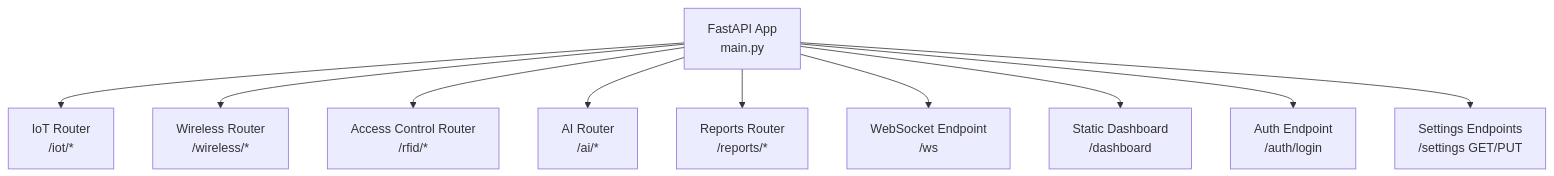
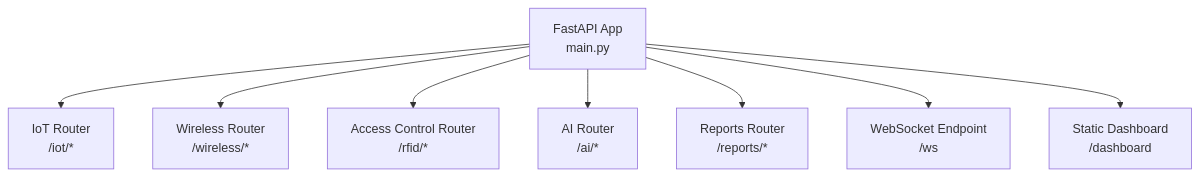
The first of 9 diagrams in .qoder/repowiki/en/content/API Reference/API Reference.md (MohandWaleed3/PentexOne), drawn with Mermaid before and after one commit. The commit also changed other lines of this file and 5 other files, not shown here.

````diff
--- a/.qoder/repowiki/en/content/API Reference/API Reference.md
+++ b/.qoder/repowiki/en/content/API Reference/API Reference.md
@@ -56,12 +52,10 @@
 ```mermaid
 graph TB
 A["FastAPI App<br/>main.py"] --> B["IoT Router<br/>/iot/*"]
 A --> C["Wireless Router<br/>/wireless/*"]
 A --> D["Access Control Router<br/>/rfid/*"]
 A --> E["AI Router<br/>/ai/*"]
 A --> F["Reports Router<br/>/reports/*"]
 A --> G["WebSocket Endpoint<br/>/ws"]
 A --> H["Static Dashboard<br/>/dashboard"]
-A --> I["Auth Endpoint<br/>/auth/login"]
-A --> J["Settings Endpoints<br/>/settings GET/PUT"]
 ```
````
